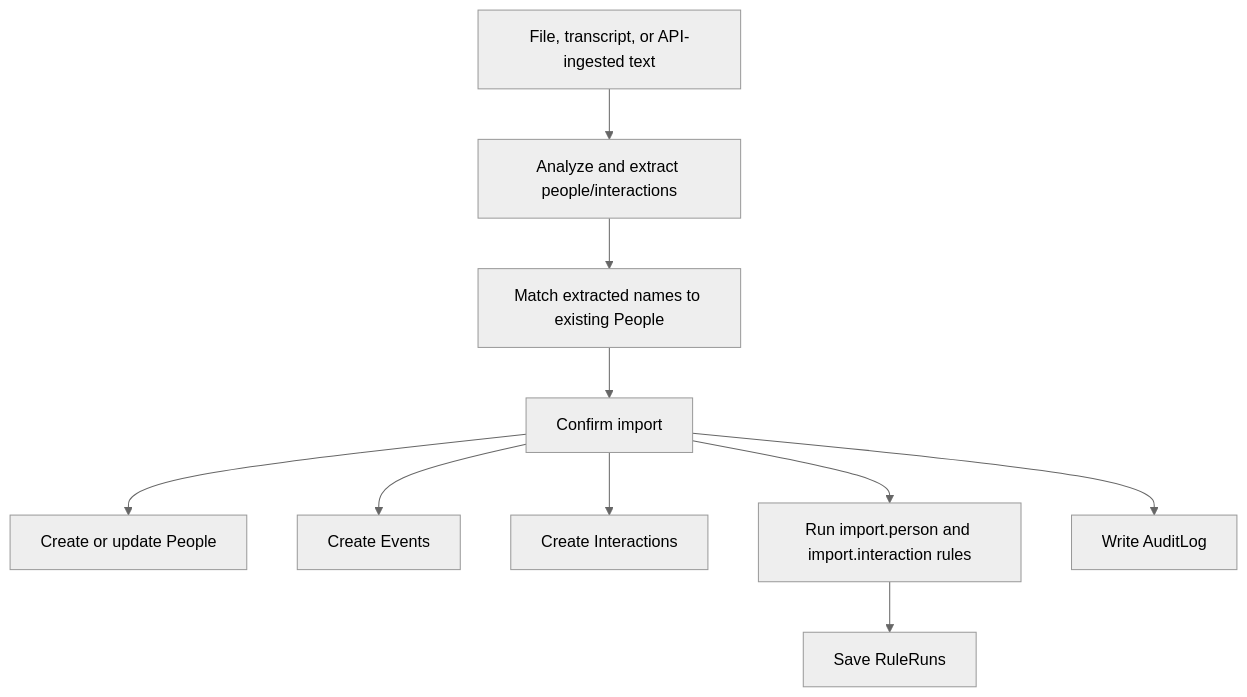
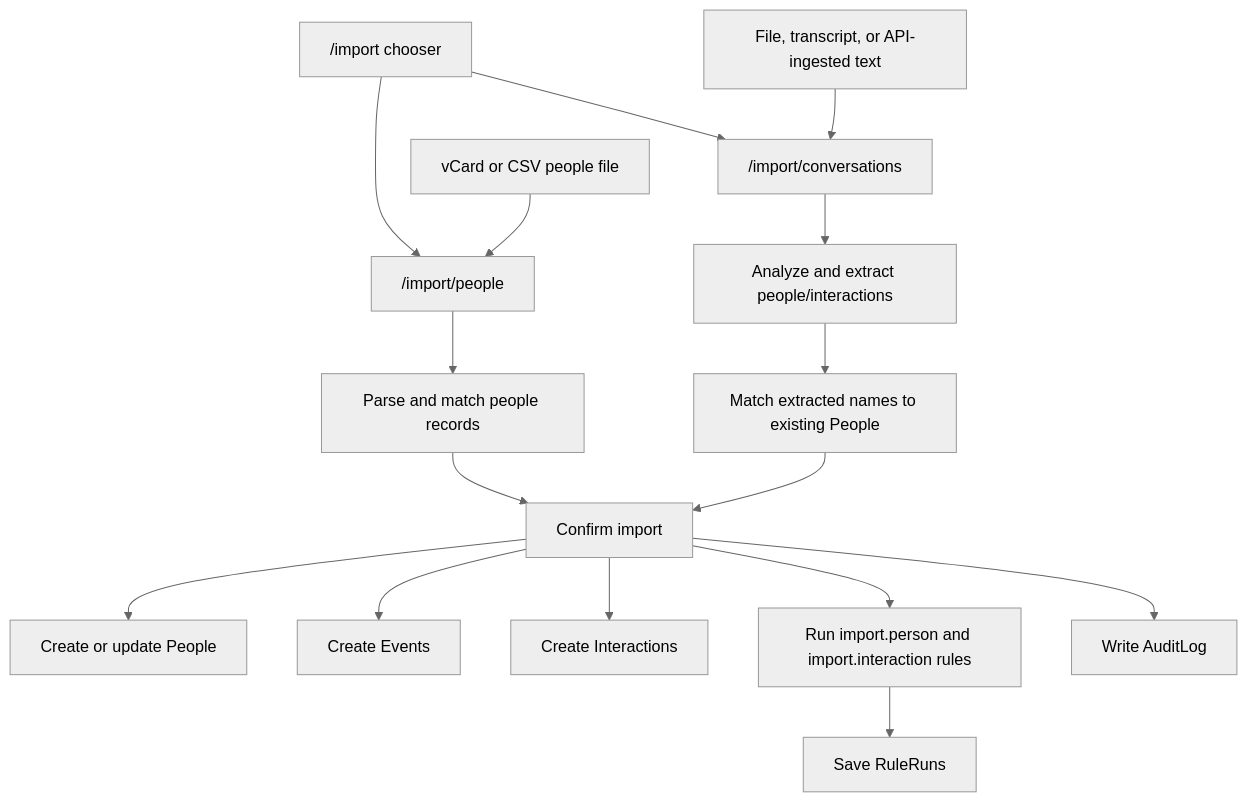
The fifth of 18 diagrams in docs/PERSONS_ARCHITECTURE.md (josephdfryer/life-os), drawn with Mermaid (neutral theme) before and after one commit. The commit also changed other lines of this file and 3 other files, not shown here.

Commit message:
feat: split import flows into pages

````diff
--- a/docs/PERSONS_ARCHITECTURE.md
+++ b/docs/PERSONS_ARCHITECTURE.md
@@ -166,12 +166,18 @@
 ```mermaid
 flowchart TD
-  File["File, transcript, or API-ingested text"] --> Analyze["Analyze and extract people/interactions"]
+  ImportHub["/import chooser"] --> PeopleImport["/import/people"]
+  ImportHub --> ConversationImport["/import/conversations"]
+  PeopleFile["vCard or CSV people file"] --> PeopleImport
+  File["File, transcript, or API-ingested text"] --> ConversationImport
+  ConversationImport --> Analyze["Analyze and extract people/interactions"]
+  PeopleImport --> ParsePeople["Parse and match people records"]
+  ParsePeople --> Confirm
   Analyze --> MatchPeople["Match extracted names to existing People"]
   MatchPeople --> Confirm["Confirm import"]
   Confirm --> People["Create or update People"]
   Confirm --> Events["Create Events"]
   Confirm --> Interactions["Create Interactions"]
   Confirm --> Rules["Run import.person and import.interaction rules"]
   Rules --> RuleRuns["Save RuleRuns"]
   Confirm --> Audit["Write AuditLog"]
 ```
````
